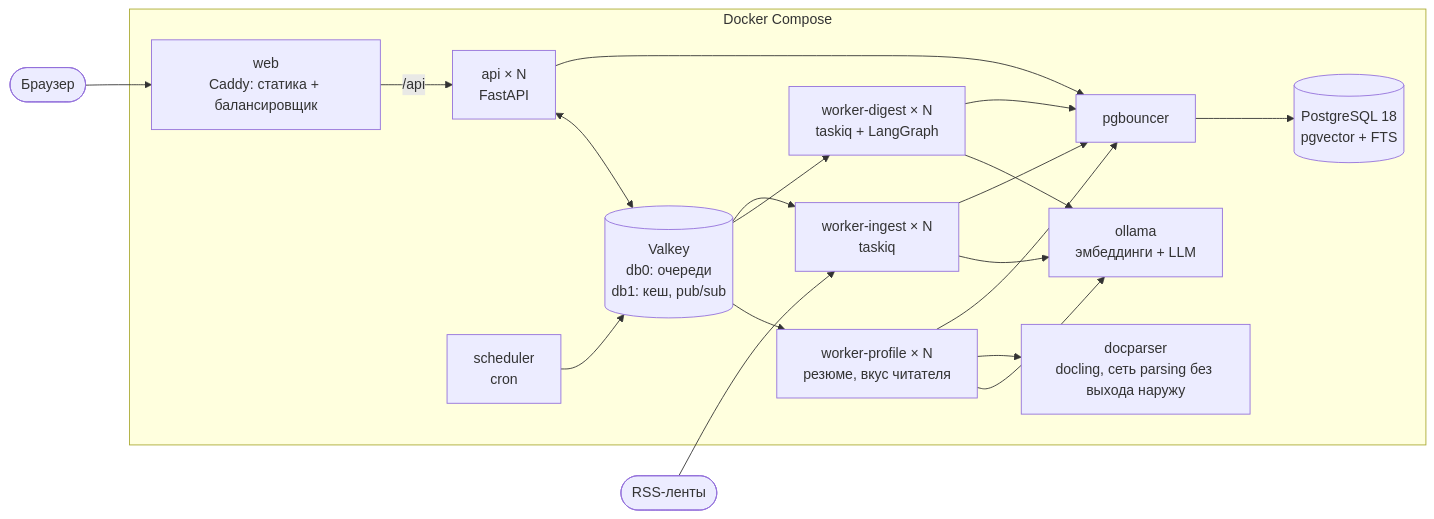
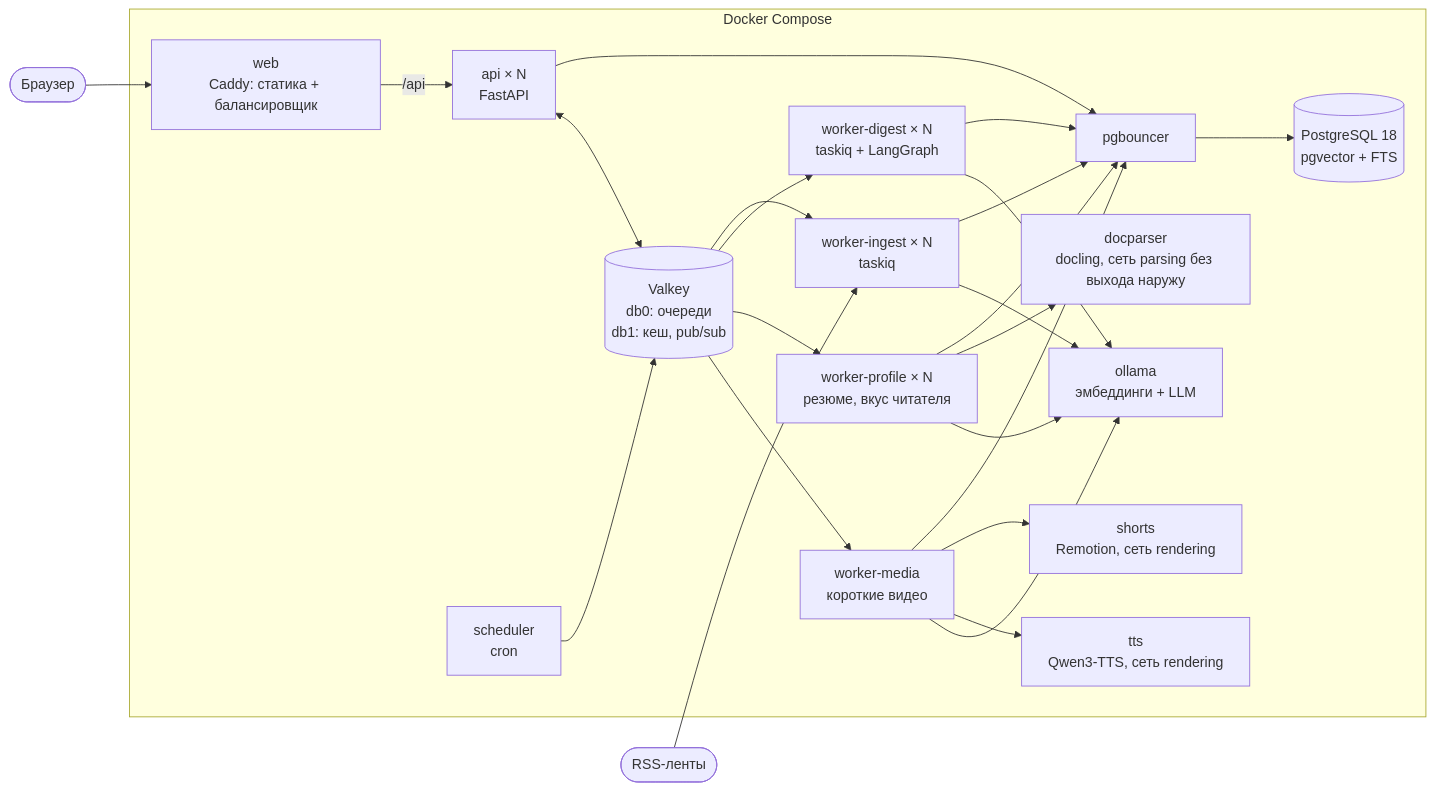
The first of 4 diagrams in docs/ARCHITECTURE.md (verikirill/scrap-and-grep), drawn with Mermaid before and after one commit. The commit also changed other lines of this file and 7 other files, not shown here.

````diff
--- a/docs/ARCHITECTURE.md
+++ b/docs/ARCHITECTURE.md
@@ -7,34 +7,42 @@
 ```mermaid
 flowchart LR
     browser([Браузер]) --> web
 
     subgraph stack[Docker Compose]
         web[web<br/>Caddy: статика + балансировщик]
         api[api × N<br/>FastAPI]
         wi[worker-ingest × N<br/>taskiq]
         wd[worker-digest × N<br/>taskiq + LangGraph]
         wp[worker-profile × N<br/>резюме, вкус читателя]
         dp[docparser<br/>docling, сеть parsing без выхода наружу]
+        wm[worker-media<br/>короткие видео]
+        sh[shorts<br/>Remotion, сеть rendering]
+        tts[tts<br/>Qwen3-TTS, сеть rendering]
         sch[scheduler<br/>cron]
         bouncer[pgbouncer]
         pg[(PostgreSQL 18<br/>pgvector + FTS)]
         vk[(Valkey<br/>db0: очереди<br/>db1: кеш, pub/sub)]
         ollama[ollama<br/>эмбеддинги + LLM]
     end
 
     feeds([RSS-ленты]) --> wi
     web -- /api --> api
     api --> bouncer --> pg
     api <--> vk
     sch --> vk
     vk --> wi
     vk --> wd
     vk --> wp
     wi --> bouncer
     wd --> bouncer
     wp --> bouncer
     wp --> dp
+    vk --> wm
+    wm --> bouncer
+    wm --> sh
+    wm --> tts
     wi --> ollama
     wd --> ollama
     wp --> ollama
+    wm --> ollama
 ```
````
